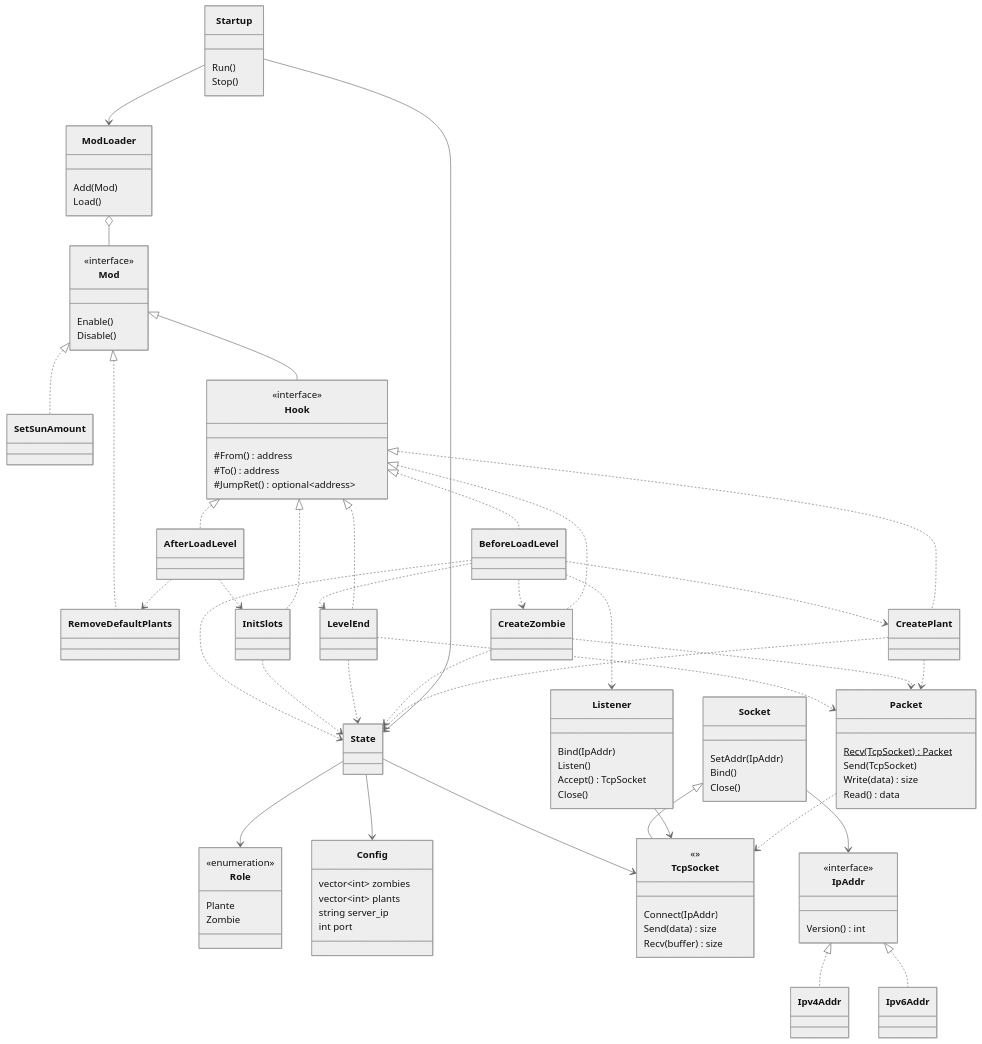
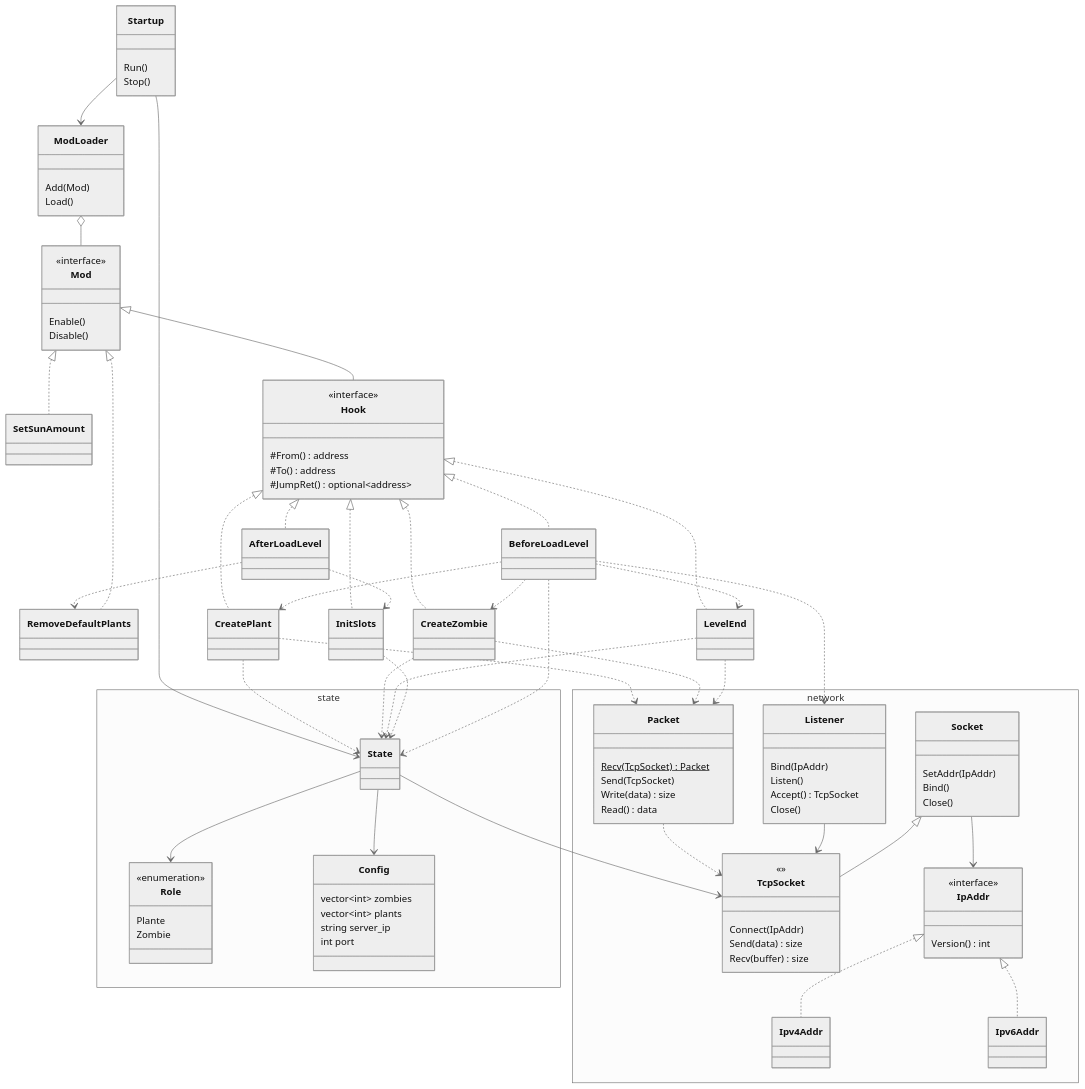
Before and after one commit to Zhuagenborn/Plants-vs.-Zombies-Online-Battle: the diagram in README.md, drawn with Mermaid (neutral theme).

Commit message:
Docs: Add `mermaid` namespaces

````diff
--- a/README.md
+++ b/README.md
@@ -125,68 +125,71 @@
 ```mermaid
 classDiagram
 
-class Role {
-    <<enumeration>>
-    Plante
-    Zombie
+namespace state {
+
+    class Role {
+        <<enumeration>>
+        Plante
+        Zombie
+    }
+
+    class Config {
+        vector~int~ zombies
+        vector~int~ plants
+        string server_ip
+        int port
+    }
+
+    class State
 }
 
-class Config {
-    vector~int~ zombies
-    vector~int~ plants
-    string server_ip
-    int port
-}
-
-class State
 State --> Role
 State --> Config
 State --> TcpSocket
 
-class IpAddr {
-    <<interface>>
-    Version() int
+namespace network {
+
+    class IpAddr {
+        <<interface>>
+        Version() int
+    }
+
+    class Ipv4Addr
+    class Ipv6Addr
+
+    class Socket {
+        SetAddr(IpAddr)
+        Bind()
+        Close()
+    }
+
+    class TcpSocket {
+        <<>>
+        Connect(IpAddr)
+        Send(data) size
+        Recv(buffer) size
+    }
+
+    class Listener {
+        Bind(IpAddr)
+        Listen()
+        Accept() TcpSocket
+        Close()
+    }
+
+    class Packet {
+        Recv(TcpSocket)$ Packet
+        Send(TcpSocket)
+        Write(data) size
+        Read() data
+    }
 }
 
-class Ipv4Addr
 IpAddr <|.. Ipv4Addr
-
-class Ipv6Addr
 IpAddr <|.. Ipv6Addr
-
-class Socket {
-    SetAddr(IpAddr)
-    Bind()
-    Close()
-}
-
 Socket --> IpAddr
-
-class TcpSocket {
-    <<>>
-    Connect(IpAddr)
-    Send(data) size
-    Recv(buffer) size
-}
-
 Socket <|-- TcpSocket
-
-class Listener {
-    Bind(IpAddr)
-    Listen()
-    Accept() TcpSocket
-    Close()
-}
-
 Listener --> TcpSocket
-
-class Packet {
-    Recv(TcpSocket)$ Packet
-    Send(TcpSocket)
-    Write(data) size
-    Read() data
-}
-
 Packet ..> TcpSocket
 
 class Mod {
````
